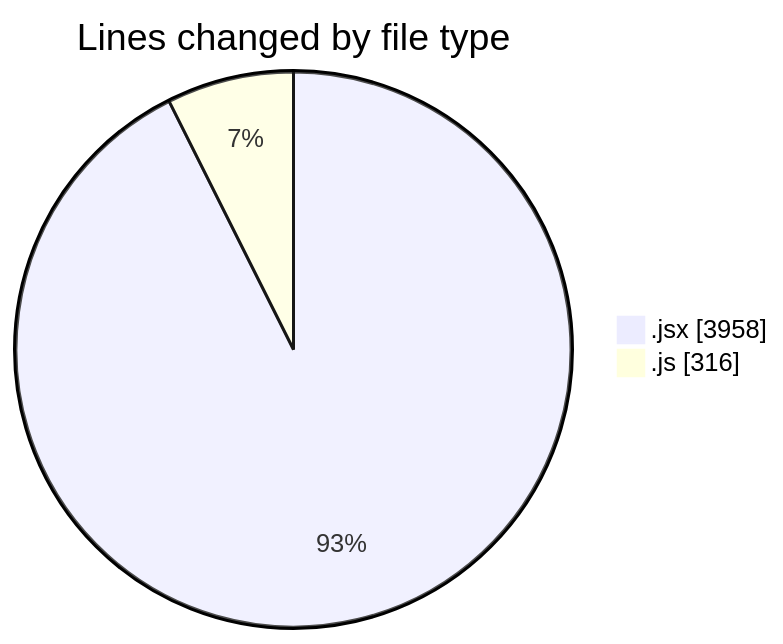
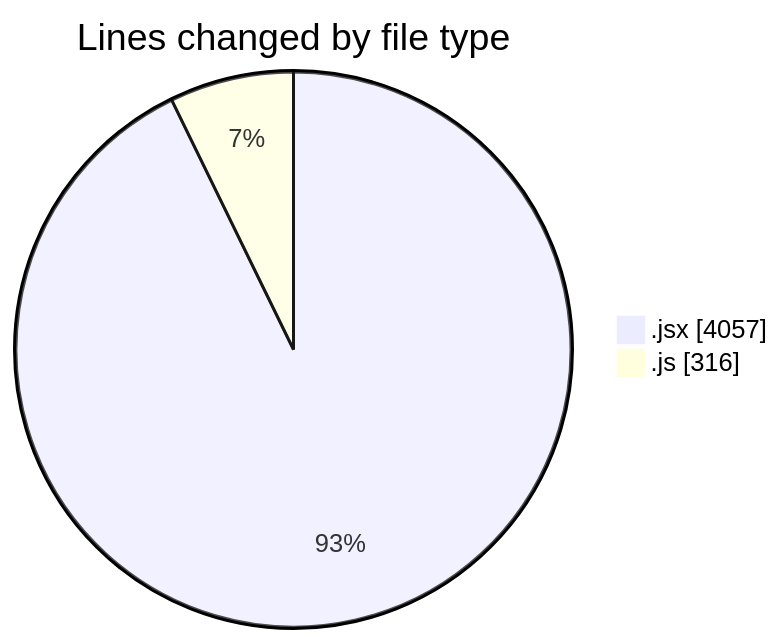
One commit to nxtqubesakshisongat/code-tracking changed the first of 2 diagrams in 2025-07-13/argos/README.md. Above: the diagram before and after it, drawn with Mermaid. The commit also changed other lines of this file and 1 other file, not shown here.

````diff
--- a/2025-07-13/argos/README.md
+++ b/2025-07-13/argos/README.md
@@ -22,6 +22,6 @@
 ```mermaid
 pie showData
 title Lines changed by file type
-".jsx" : 3958
+".jsx" : 4057
 ".js" : 316
 ```
````
